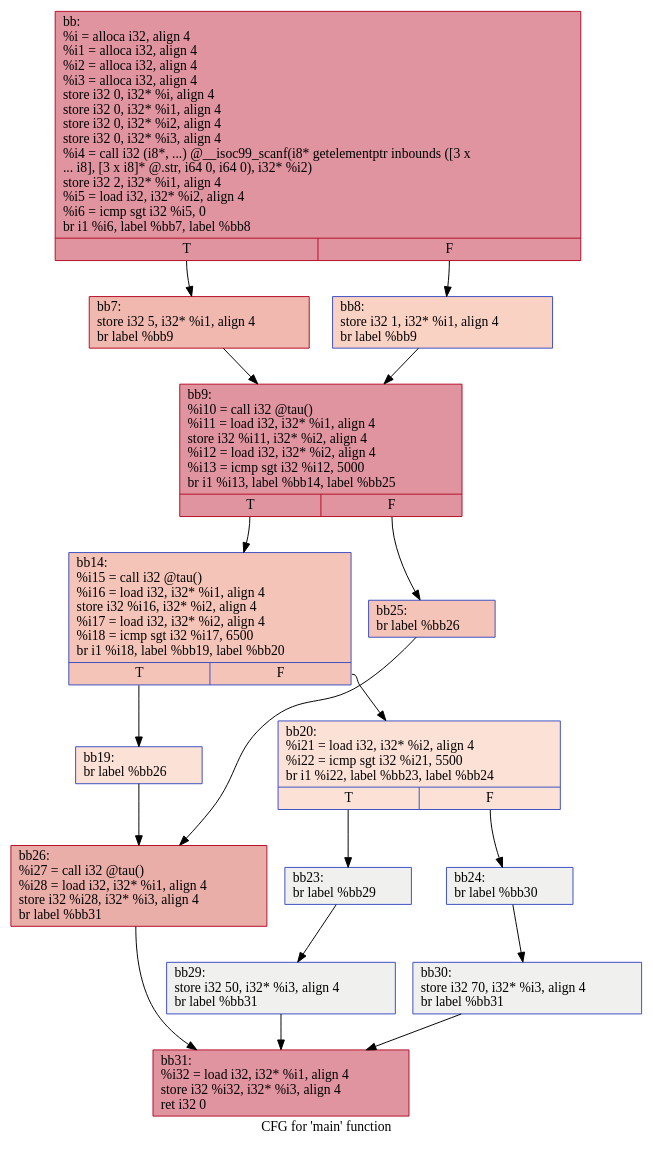
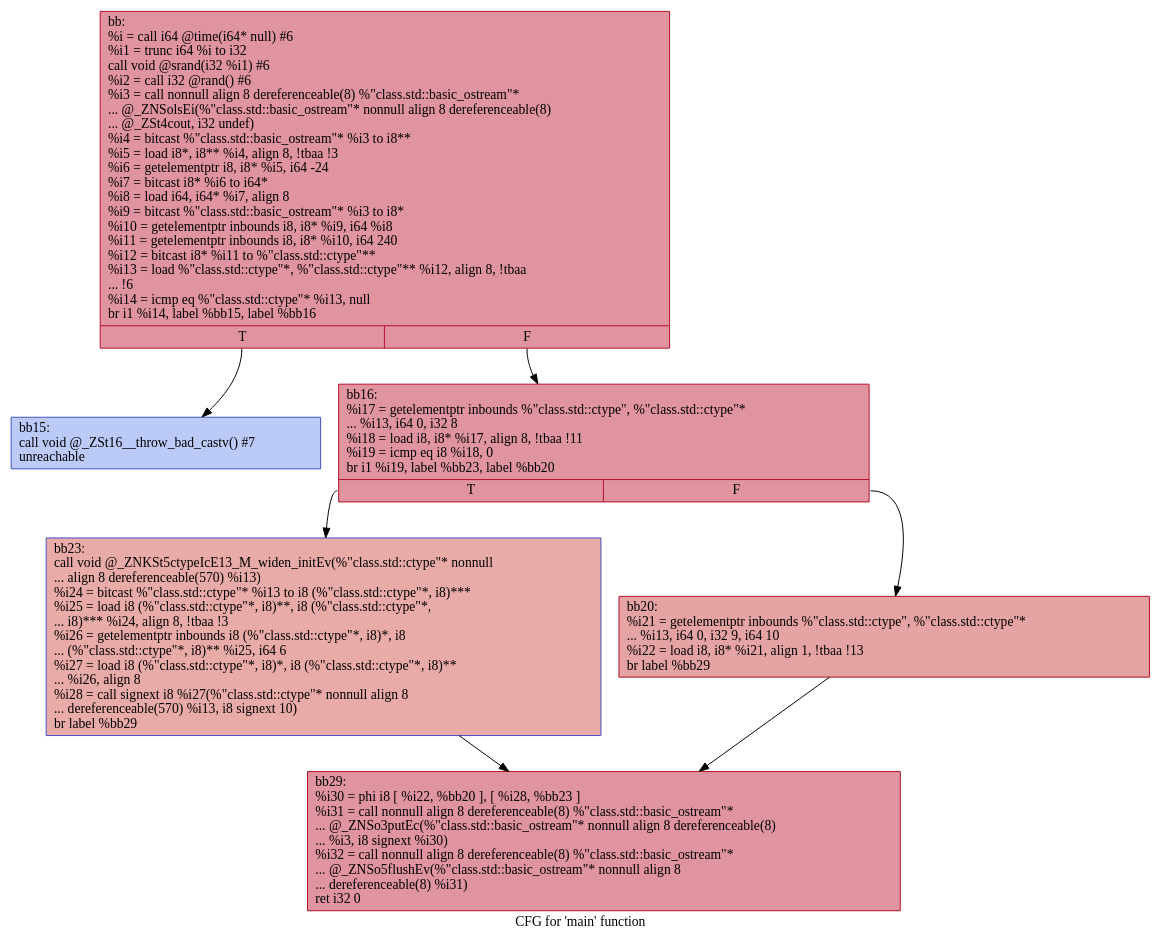
One commit to HPSSA-LLVM/HPSSA-LLVM changed the diagram in examples/test1/cfg1.dot. Above: the diagram before and after it, drawn with Graphviz. The commit also changed 38 other files, not shown here.

```diff
--- a/examples/test1/cfg1.dot
+++ b/examples/test1/cfg1.dot
@@ -1,35 +1,16 @@
 digraph "CFG for 'main' function" {
 	label="CFG for 'main' function";
 
-	Node0x56158b717410 [shape=record,color="#b70d28ff", style=filled, fillcolor="#b70d2870",label="{bb:\l  %i = alloca i32, align 4\l  %i1 = alloca i32, align 4\l  %i2 = alloca i32, align 4\l  %i3 = alloca i32, align 4\l  store i32 0, i32* %i, align 4\l  store i32 0, i32* %i1, align 4\l  store i32 0, i32* %i2, align 4\l  store i32 0, i32* %i3, align 4\l  %i4 = call i32 (i8*, ...) @__isoc99_scanf(i8* getelementptr inbounds ([3 x\l... i8], [3 x i8]* @.str, i64 0, i64 0), i32* %i2)\l  store i32 2, i32* %i1, align 4\l  %i5 = load i32, i32* %i2, align 4\l  %i6 = icmp sgt i32 %i5, 0\l  br i1 %i6, label %bb7, label %bb8\l|{<s0>T|<s1>F}}"];
-	Node0x56158b717410:s0 -> Node0x56158b717e10;
-	Node0x56158b717410:s1 -> Node0x56158b717ee0;
-	Node0x56158b717e10 [shape=record,color="#b70d28ff", style=filled, fillcolor="#dc5d4a70",label="{bb7:                                              \l  store i32 5, i32* %i1, align 4\l  br label %bb9\l}"];
-	Node0x56158b717e10 -> Node0x56158b718120;
-	Node0x56158b717ee0 [shape=record,color="#3d50c3ff", style=filled, fillcolor="#f4987a70",label="{bb8:                                              \l  store i32 1, i32* %i1, align 4\l  br label %bb9\l}"];
-	Node0x56158b717ee0 -> Node0x56158b718120;
-	Node0x56158b718120 [shape=record,color="#b70d28ff", style=filled, fillcolor="#b70d2870",label="{bb9:                                              \l  %i10 = call i32 @tau()\l  %i11 = load i32, i32* %i1, align 4\l  store i32 %i11, i32* %i2, align 4\l  %i12 = load i32, i32* %i2, align 4\l  %i13 = icmp sgt i32 %i12, 5000\l  br i1 %i13, label %bb14, label %bb25\l|{<s0>T|<s1>F}}"];
-	Node0x56158b718120:s0 -> Node0x56158b718820;
-	Node0x56158b718120:s1 -> Node0x56158b718890;
-	Node0x56158b718820 [shape=record,color="#3d50c3ff", style=filled, fillcolor="#e97a5f70",label="{bb14:                                             \l  %i15 = call i32 @tau()\l  %i16 = load i32, i32* %i1, align 4\l  store i32 %i16, i32* %i2, align 4\l  %i17 = load i32, i32* %i2, align 4\l  %i18 = icmp sgt i32 %i17, 6500\l  br i1 %i18, label %bb19, label %bb20\l|{<s0>T|<s1>F}}"];
-	Node0x56158b718820:s0 -> Node0x56158b718d30;
-	Node0x56158b718820:s1 -> Node0x56158b718da0;
-	Node0x56158b718d30 [shape=record,color="#3d50c3ff", style=filled, fillcolor="#f7bca170",label="{bb19:                                             \l  br label %bb26\l}"];
-	Node0x56158b718d30 -> Node0x56158b718f20;
-	Node0x56158b718da0 [shape=record,color="#3d50c3ff", style=filled, fillcolor="#f7bca170",label="{bb20:                                             \l  %i21 = load i32, i32* %i2, align 4\l  %i22 = icmp sgt i32 %i21, 5500\l  br i1 %i22, label %bb23, label %bb24\l|{<s0>T|<s1>F}}"];
-	Node0x56158b718da0:s0 -> Node0x56158b719490;
-	Node0x56158b718da0:s1 -> Node0x56158b719500;
-	Node0x56158b719490 [shape=record,color="#3d50c3ff", style=filled, fillcolor="#dedcdb70",label="{bb23:                                             \l  br label %bb29\l}"];
-	Node0x56158b719490 -> Node0x56158b719680;
-	Node0x56158b719500 [shape=record,color="#3d50c3ff", style=filled, fillcolor="#dedcdb70",label="{bb24:                                             \l  br label %bb30\l}"];
-	Node0x56158b719500 -> Node0x56158b719760;
-	Node0x56158b718890 [shape=record,color="#3d50c3ff", style=filled, fillcolor="#e97a5f70",label="{bb25:                                             \l  br label %bb26\l}"];
-	Node0x56158b718890 -> Node0x56158b718f20;
-	Node0x56158b718f20 [shape=record,color="#b70d28ff", style=filled, fillcolor="#d0473d70",label="{bb26:                                             \l  %i27 = call i32 @tau()\l  %i28 = load i32, i32* %i1, align 4\l  store i32 %i28, i32* %i3, align 4\l  br label %bb31\l}"];
-	Node0x56158b718f20 -> Node0x56158b719ac0;
-	Node0x56158b719680 [shape=record,color="#3d50c3ff", style=filled, fillcolor="#dedcdb70",label="{bb29:                                             \l  store i32 50, i32* %i3, align 4\l  br label %bb31\l}"];
-	Node0x56158b719680 -> Node0x56158b719ac0;
-	Node0x56158b719760 [shape=record,color="#3d50c3ff", style=filled, fillcolor="#dedcdb70",label="{bb30:                                             \l  store i32 70, i32* %i3, align 4\l  br label %bb31\l}"];
-	Node0x56158b719760 -> Node0x56158b719ac0;
-	Node0x56158b719ac0 [shape=record,color="#b70d28ff", style=filled, fillcolor="#b70d2870",label="{bb31:                                             \l  %i32 = load i32, i32* %i1, align 4\l  store i32 %i32, i32* %i3, align 4\l  ret i32 0\l}"];
+	Node0x60cc480 [shape=record,color="#b70d28ff", style=filled, fillcolor="#b70d2870",label="{bb:\l  %i = call i64 @time(i64* null) #6\l  %i1 = trunc i64 %i to i32\l  call void @srand(i32 %i1) #6\l  %i2 = call i32 @rand() #6\l  %i3 = call nonnull align 8 dereferenceable(8) %\"class.std::basic_ostream\"*\l... @_ZNSolsEi(%\"class.std::basic_ostream\"* nonnull align 8 dereferenceable(8)\l... @_ZSt4cout, i32 undef)\l  %i4 = bitcast %\"class.std::basic_ostream\"* %i3 to i8**\l  %i5 = load i8*, i8** %i4, align 8, !tbaa !3\l  %i6 = getelementptr i8, i8* %i5, i64 -24\l  %i7 = bitcast i8* %i6 to i64*\l  %i8 = load i64, i64* %i7, align 8\l  %i9 = bitcast %\"class.std::basic_ostream\"* %i3 to i8*\l  %i10 = getelementptr inbounds i8, i8* %i9, i64 %i8\l  %i11 = getelementptr inbounds i8, i8* %i10, i64 240\l  %i12 = bitcast i8* %i11 to %\"class.std::ctype\"**\l  %i13 = load %\"class.std::ctype\"*, %\"class.std::ctype\"** %i12, align 8, !tbaa\l... !6\l  %i14 = icmp eq %\"class.std::ctype\"* %i13, null\l  br i1 %i14, label %bb15, label %bb16\l|{<s0>T|<s1>F}}"];
+	Node0x60cc480:s0 -> Node0x60ce810;
+	Node0x60cc480:s1 -> Node0x60ce8e0;
+	Node0x60ce810 [shape=record,color="#3d50c3ff", style=filled, fillcolor="#6687ed70",label="{bb15:                                             \l  call void @_ZSt16__throw_bad_castv() #7\l  unreachable\l}"];
+	Node0x60ce8e0 [shape=record,color="#b70d28ff", style=filled, fillcolor="#b70d2870",label="{bb16:                                             \l  %i17 = getelementptr inbounds %\"class.std::ctype\", %\"class.std::ctype\"*\l... %i13, i64 0, i32 8\l  %i18 = load i8, i8* %i17, align 8, !tbaa !11\l  %i19 = icmp eq i8 %i18, 0\l  br i1 %i19, label %bb23, label %bb20\l|{<s0>T|<s1>F}}"];
+	Node0x60ce8e0:s0 -> Node0x60cf050;
+	Node0x60ce8e0:s1 -> Node0x60cf0c0;
+	Node0x60cf0c0 [shape=record,color="#b70d28ff", style=filled, fillcolor="#c32e3170",label="{bb20:                                             \l  %i21 = getelementptr inbounds %\"class.std::ctype\", %\"class.std::ctype\"*\l... %i13, i64 0, i32 9, i64 10\l  %i22 = load i8, i8* %i21, align 1, !tbaa !13\l  br label %bb29\l}"];
+	Node0x60cf0c0 -> Node0x60cf790;
+	Node0x60cf050 [shape=record,color="#3d50c3ff", style=filled, fillcolor="#cc403a70",label="{bb23:                                             \l  call void @_ZNKSt5ctypeIcE13_M_widen_initEv(%\"class.std::ctype\"* nonnull\l... align 8 dereferenceable(570) %i13)\l  %i24 = bitcast %\"class.std::ctype\"* %i13 to i8 (%\"class.std::ctype\"*, i8)***\l  %i25 = load i8 (%\"class.std::ctype\"*, i8)**, i8 (%\"class.std::ctype\"*,\l... i8)*** %i24, align 8, !tbaa !3\l  %i26 = getelementptr inbounds i8 (%\"class.std::ctype\"*, i8)*, i8\l... (%\"class.std::ctype\"*, i8)** %i25, i64 6\l  %i27 = load i8 (%\"class.std::ctype\"*, i8)*, i8 (%\"class.std::ctype\"*, i8)**\l... %i26, align 8\l  %i28 = call signext i8 %i27(%\"class.std::ctype\"* nonnull align 8\l... dereferenceable(570) %i13, i8 signext 10)\l  br label %bb29\l}"];
+	Node0x60cf050 -> Node0x60cf790;
+	Node0x60cf790 [shape=record,color="#b70d28ff", style=filled, fillcolor="#b70d2870",label="{bb29:                                             \l  %i30 = phi i8 [ %i22, %bb20 ], [ %i28, %bb23 ]\l  %i31 = call nonnull align 8 dereferenceable(8) %\"class.std::basic_ostream\"*\l... @_ZNSo3putEc(%\"class.std::basic_ostream\"* nonnull align 8 dereferenceable(8)\l... %i3, i8 signext %i30)\l  %i32 = call nonnull align 8 dereferenceable(8) %\"class.std::basic_ostream\"*\l... @_ZNSo5flushEv(%\"class.std::basic_ostream\"* nonnull align 8\l... dereferenceable(8) %i31)\l  ret i32 0\l}"];
 }
```
